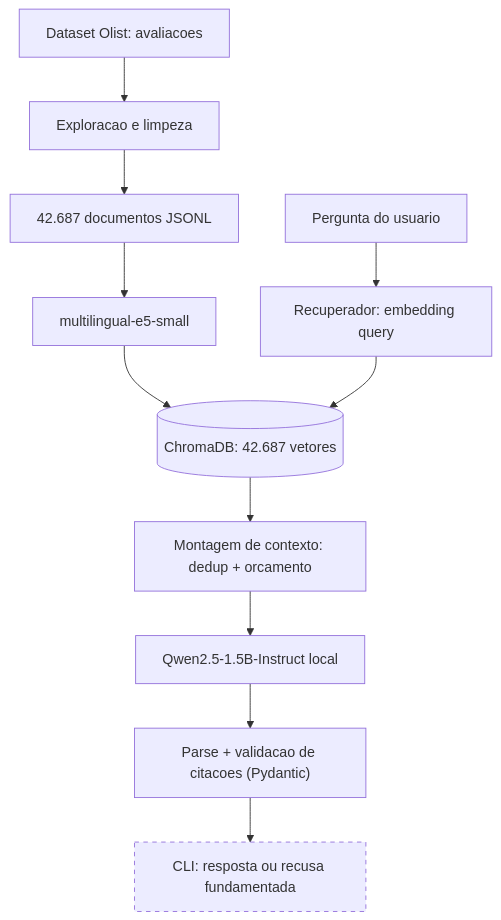
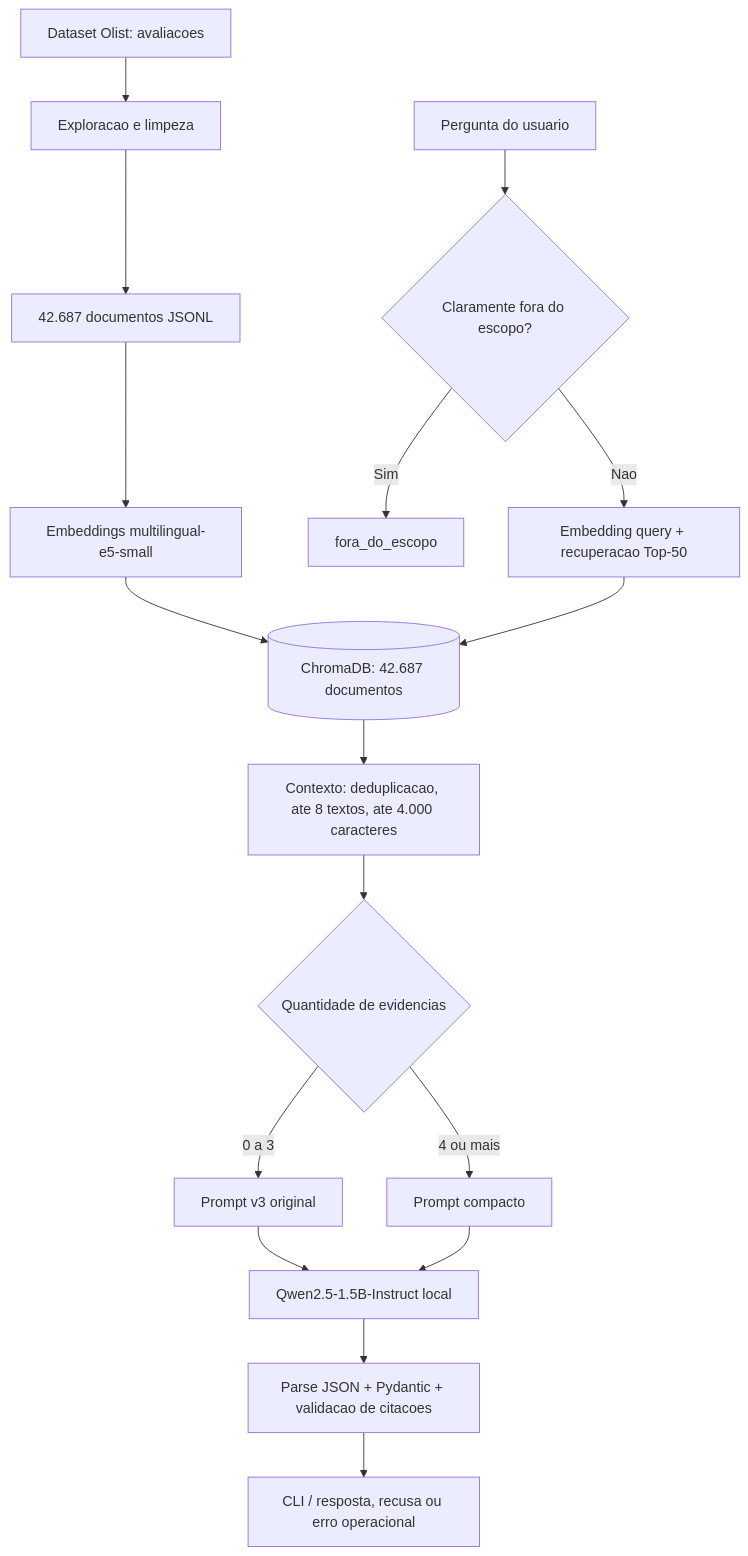
Before and after one commit to AndrePellegrini/tech-challenge-fase4: the diagram in README.md, drawn with Mermaid. The commit also changed other lines of this file, not shown here.

Commit message:
docs: atualiza README com implementacao e validacao da P3

````diff
--- a/README.md
+++ b/README.md
@@ -104,17 +100,20 @@
 ```mermaid
 flowchart TD
     A["Dataset Olist: avaliacoes"] --> B["Exploracao e limpeza"]
     B --> C["42.687 documentos JSONL"]
-    C --> D["multilingual-e5-small"]
-    D --> E[("ChromaDB: 42.687 vetores")]
+    C --> D["Embeddings multilingual-e5-small"]
+    D --> E[("ChromaDB: 42.687 documentos")]
 
-    Q["Pergunta do usuario"] --> F["Recuperador: embedding query"]
+    Q["Pergunta do usuario"] --> S{"Claramente fora do escopo?"}
+    S -->|Sim| X["fora_do_escopo"]
+    S -->|Nao| F["Embedding query + recuperacao Top-50"]
     F --> E
-    E --> G["Montagem de contexto: dedup + orcamento"]
-    G --> I["Qwen2.5-1.5B-Instruct local"]
-    I --> J["Parse + validacao de citacoes (Pydantic)"]
-    J --> K["CLI: resposta ou recusa fundamentada"]
-
-    classDef pendente stroke-dasharray:5 5;
-    class K pendente;
+    E --> G["Contexto: deduplicacao, ate 8 textos, ate 4.000 caracteres"]
+    G --> H{"Quantidade de evidencias"}
+    H -->|"0 a 3"| P1["Prompt v3 original"]
+    H -->|"4 ou mais"| P2["Prompt compacto"]
+    P1 --> I["Qwen2.5-1.5B-Instruct local"]
+    P2 --> I
+    I --> J["Parse JSON + Pydantic + validacao de citacoes"]
+    J --> K["CLI / resposta, recusa ou erro operacional"]
 ```
````
